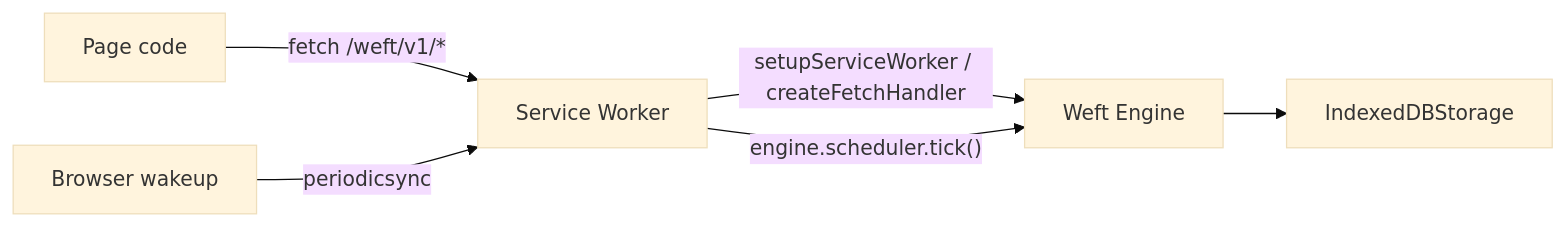
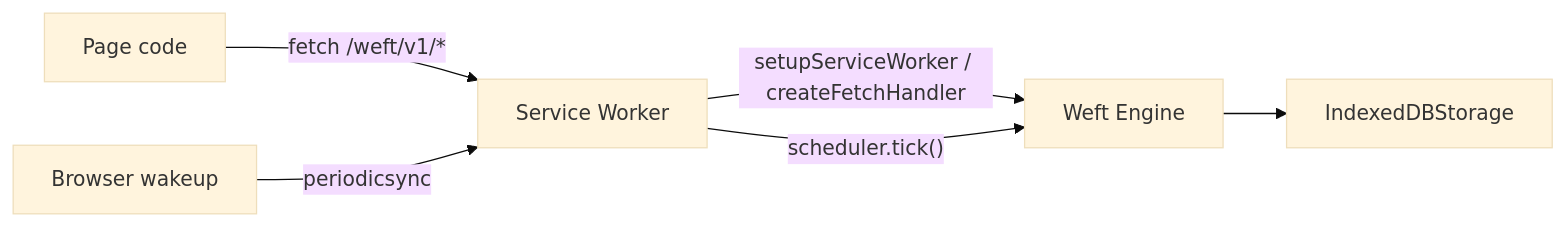
One commit to goldcaddy77/weft changed the diagram in documentation/guides/service-worker.md. Above: the diagram before and after it, drawn with Mermaid (base theme). The commit also changed other lines of this file and 13 other files, not shown here.

First line of the commit message:
Add browser auto storage and Service Worker scheduler export

````diff
--- a/documentation/guides/service-worker.md
+++ b/documentation/guides/service-worker.md
@@ -14,8 +14,8 @@
 ```mermaid
 flowchart LR
   Page["Page code"] -->|"fetch /weft/v1/*"| Worker["Service Worker"]
   Worker -->|"setupServiceWorker / createFetchHandler"| Engine["Weft Engine"]
   Engine --> Storage["IndexedDBStorage"]
   Browser["Browser wakeup"] -->|"periodicsync"| Worker
-  Worker -->|"engine.scheduler.tick()"| Engine
+  Worker -->|"scheduler.tick()"| Engine
 ```
````
